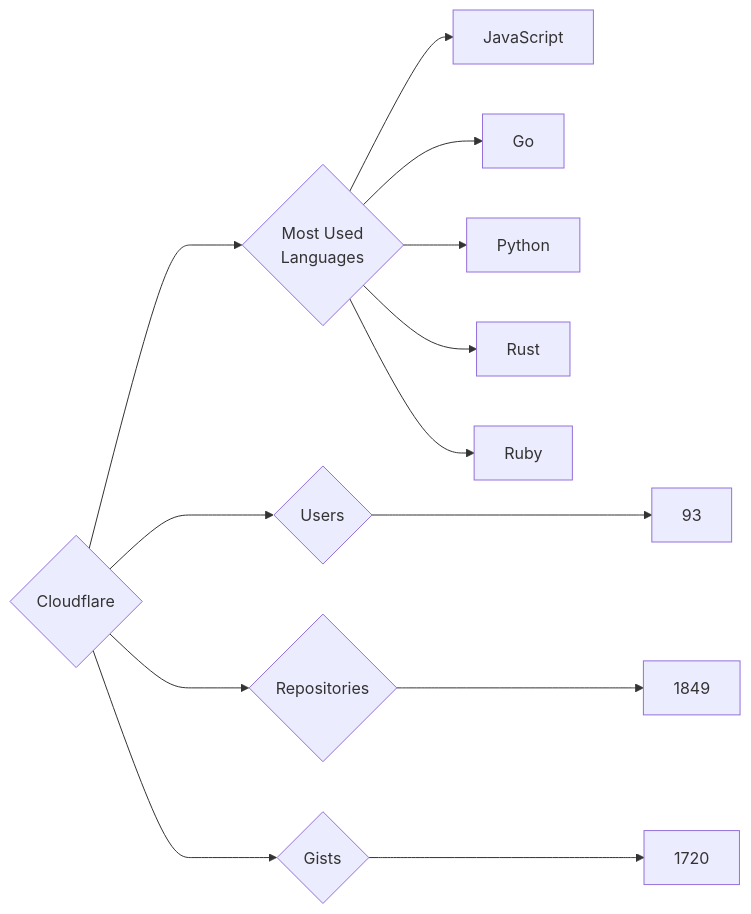
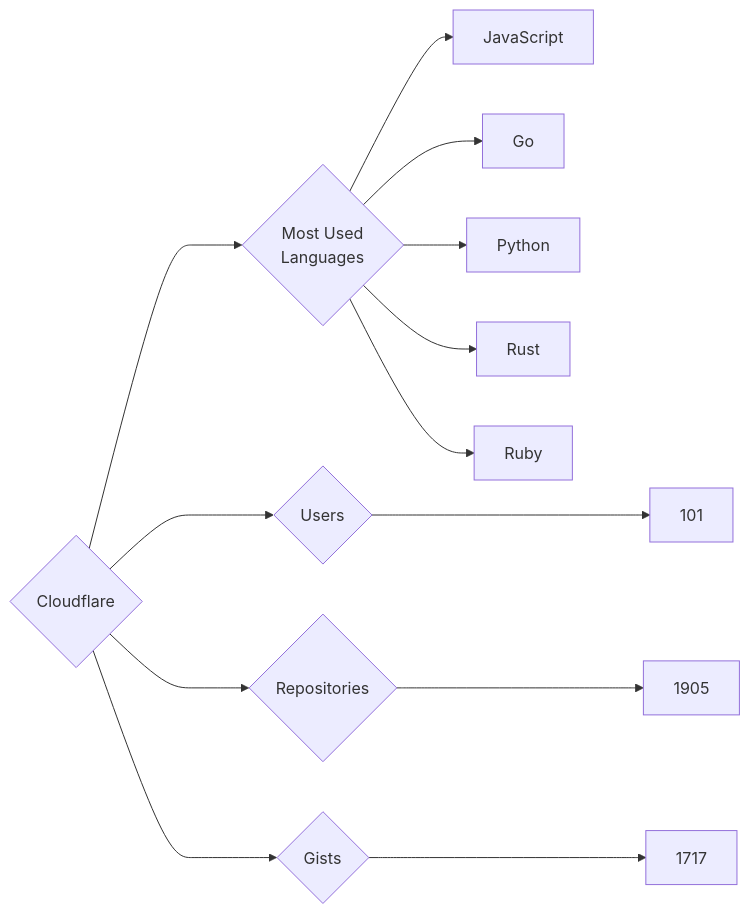
Before and after one commit to trickest/insiders: the diagram in targets/Cloudflare/README.md, drawn with Mermaid. The commit also changed 870 other files, not shown here.

````diff
--- a/targets/Cloudflare/README.md
+++ b/targets/Cloudflare/README.md
@@ -3,13 +3,13 @@
 ```mermaid
 graph LR
 COMPANY_NAME{Cloudflare}
-COMPANY_NAME ---> U{Users} ---> UN[93]
-COMPANY_NAME ---> R{Repositories} ---> RN[1849]
-COMPANY_NAME ---> G{Gists} ---> GN[1720]
+COMPANY_NAME ---> U{Users} ---> UN[101]
+COMPANY_NAME ---> R{Repositories} ---> RN[1905]
+COMPANY_NAME ---> G{Gists} ---> GN[1717]
 COMPANY_NAME ---> ML{Most Used<br>Languages}
 ML --> JavaScript[JavaScript]
 ML --> Go[Go]
 ML --> Python[Python]
 ML --> Rust[Rust]
 ML --> Ruby[Ruby]
 ```
````
